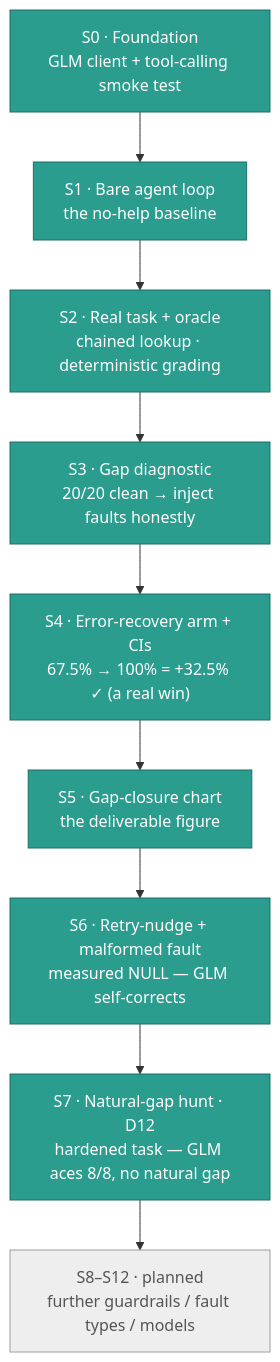
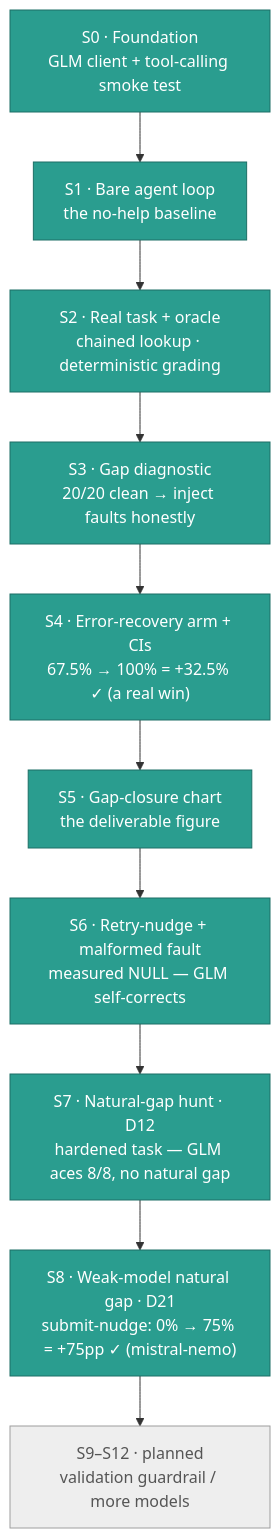
The diagram in docs/ROADMAP.md (ksdisch/forge-gap), drawn with Mermaid before and after one commit. The commit also changed other lines of this file and 14 other files, not shown here.

````diff
--- a/docs/ROADMAP.md
+++ b/docs/ROADMAP.md
@@ -11,18 +11,19 @@
 ```mermaid
 flowchart TB
     S0["S0 · Foundation<br/>GLM client + tool-calling smoke test"]:::done
     S1["S1 · Bare agent loop<br/>the no-help baseline"]:::done
     S2["S2 · Real task + oracle<br/>chained lookup · deterministic grading"]:::done
     S3["S3 · Gap diagnostic<br/>20/20 clean → inject faults honestly"]:::done
     S4["S4 · Error-recovery arm + CIs<br/>67.5% → 100% = +32.5% ✓ (a real win)"]:::done
     S5["S5 · Gap-closure chart<br/>the deliverable figure"]:::done
     S6["S6 · Retry-nudge + malformed fault<br/>measured NULL — GLM self-corrects"]:::done
     S7["S7 · Natural-gap hunt · D12<br/>hardened task — GLM aces 8/8, no natural gap"]:::done
-    F["S8–S12 · planned<br/>further guardrails / fault types / models"]:::planned
+    S8["S8 · Weak-model natural gap · D21<br/>submit-nudge: 0% → 75% = +75pp ✓ (mistral-nemo)"]:::done
+    F["S9–S12 · planned<br/>validation guardrail / more models"]:::planned
 
-    S0 --> S1 --> S2 --> S3 --> S4 --> S5 --> S6 --> S7 --> F
+    S0 --> S1 --> S2 --> S3 --> S4 --> S5 --> S6 --> S7 --> S8 --> F
 
     classDef done fill:#2a9d8f,stroke:#1d6f66,color:#ffffff;
     classDef goal fill:#e9c46a,stroke:#b8902f,color:#222222,stroke-width:2px;
     classDef planned fill:#eeeeee,stroke:#9e9e9e,color:#555555;
 ```
````
